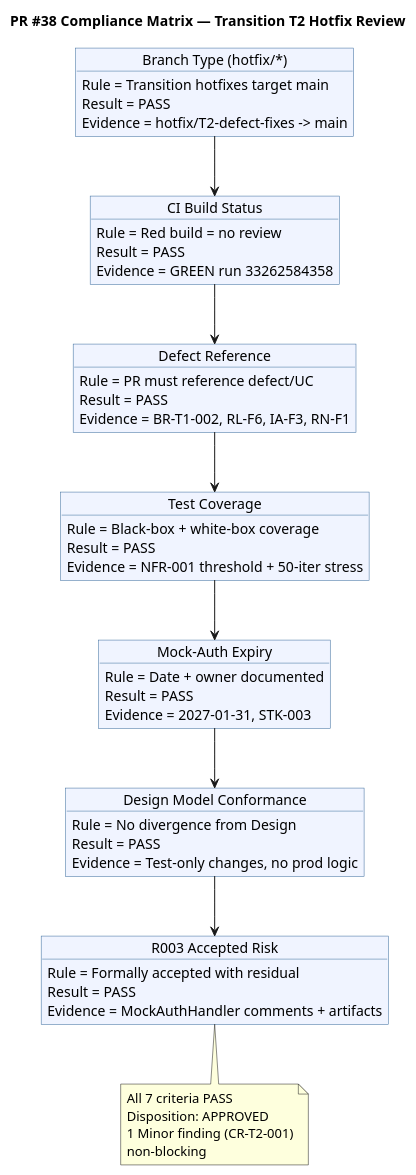
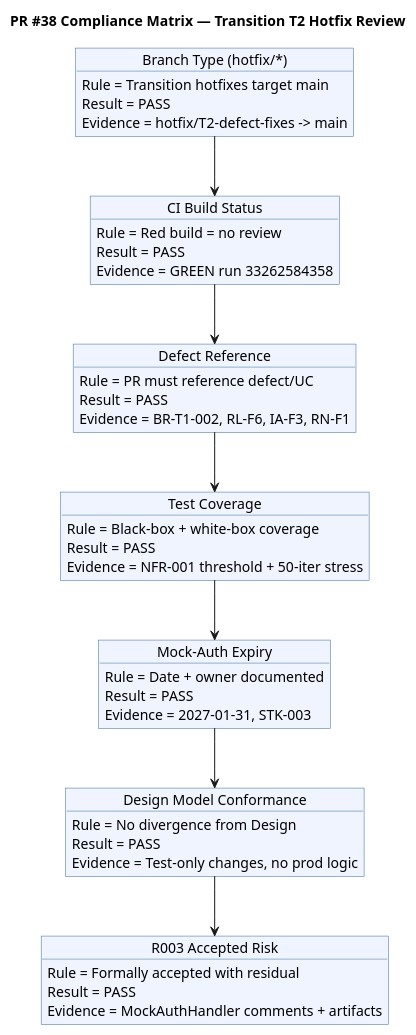
One commit to banense-test/portal-cuba-corp changed the second of 6 diagrams in docs/artifacts/project-management/review-record.md. Above: the diagram before and after it, drawn with PlantUML. The commit also changed other lines of this file, not shown here.

````diff
--- a/docs/artifacts/project-management/review-record.md
+++ b/docs/artifacts/project-management/review-record.md
@@ -68,66 +219,59 @@
 ```plantuml
 @startuml
 title PR #38 Compliance Matrix — Transition T2 Hotfix Review
 
 skinparam objectBackgroundColor #F0F4FF
 skinparam objectBorderColor #336699
 skinparam shadowing false
 
 object "Branch Type (hotfix/*)" as C1 {
   Rule = Transition hotfixes target main
   Result = PASS
   Evidence = hotfix/T2-defect-fixes -> main
 }
 
 object "CI Build Status" as C2 {
   Rule = Red build = no review
   Result = PASS
   Evidence = GREEN run 33262584358
 }
 
 object "Defect Reference" as C3 {
   Rule = PR must reference defect/UC
   Result = PASS
   Evidence = BR-T1-002, RL-F6, IA-F3, RN-F1
 }
 
 object "Test Coverage" as C4 {
   Rule = Black-box + white-box coverage
   Result = PASS
   Evidence = NFR-001 threshold + 50-iter stress
 }
 
 object "Mock-Auth Expiry" as C5 {
   Rule = Date + owner documented
   Result = PASS
   Evidence = 2027-01-31, STK-003
 }
 
 object "Design Model Conformance" as C6 {
   Rule = No divergence from Design
   Result = PASS
   Evidence = Test-only changes, no prod logic
 }
 
 object "R003 Accepted Risk" as C7 {
   Rule = Formally accepted with residual
   Result = PASS
   Evidence = MockAuthHandler comments + artifacts
 }
 
 C1 --> C2
 C2 --> C3
 C3 --> C4
 C4 --> C5
 C5 --> C6
 C6 --> C7
 
-note bottom of C7
-  All 7 criteria PASS
-  Disposition: APPROVED
-  1 Minor finding (CR-T2-001)
-  non-blocking
-end note
-
 @enduml
 ```
````
